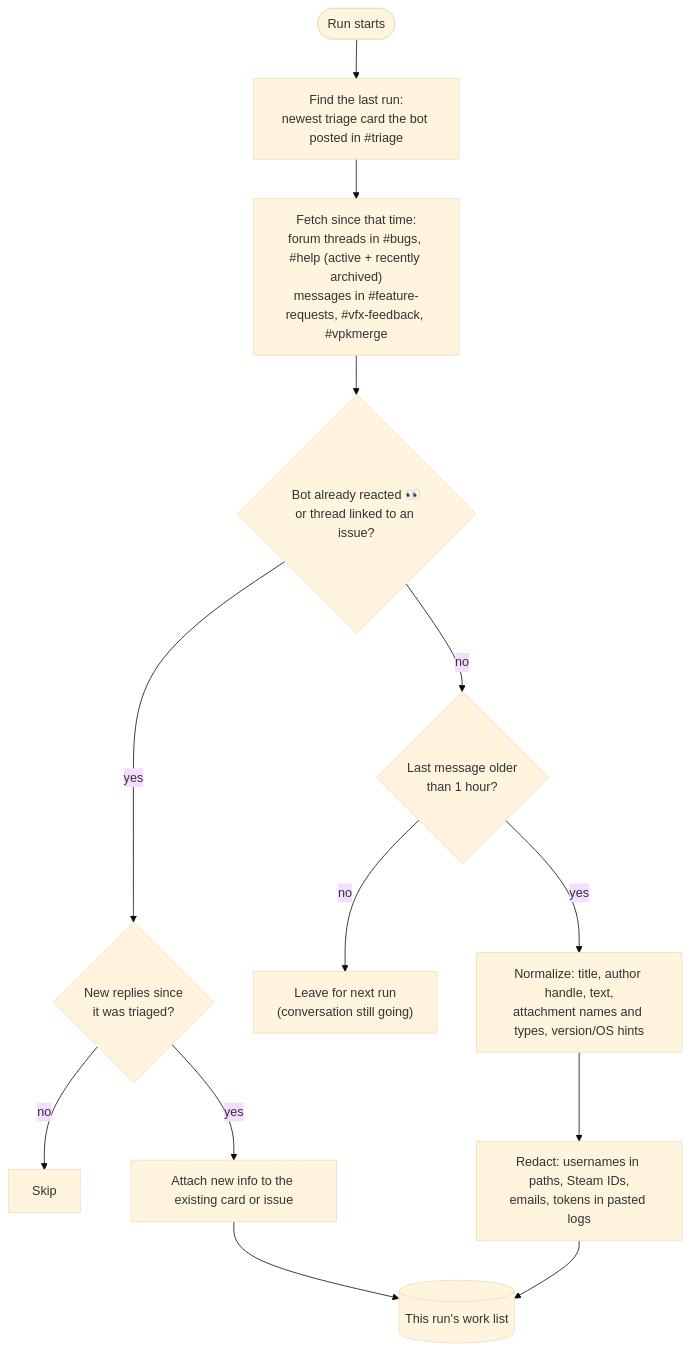
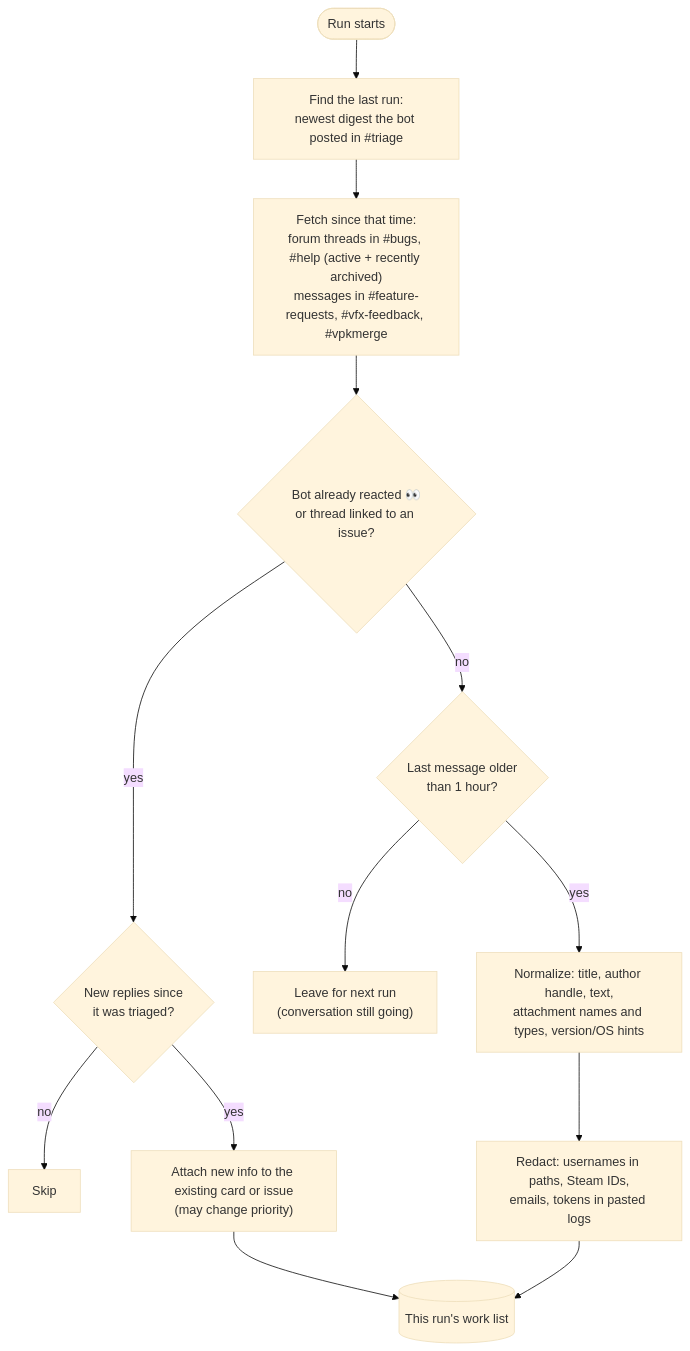
Before and after one commit to Slush97/grimoire: the fifth of 16 diagrams in docs/discord-triage.md, drawn with Mermaid (base theme). The commit also changed other lines of this file, not shown here.

First line of the commit message:
docs(triage): simple and detailed diagrams, priority/LOE scoring, dedup, Discord commands

````diff
--- a/docs/discord-triage.md
+++ b/docs/discord-triage.md
@@ -46,15 +115,15 @@
 ```mermaid
 flowchart TD
-    start([Run starts]) --> cursor["Find the last run:<br/>newest triage card the bot posted in #triage"]
+    start([Run starts]) --> cursor["Find the last run:<br/>newest digest the bot posted in #triage"]
     cursor --> fetch["Fetch since that time:<br/>forum threads in #bugs, #help (active + recently archived)<br/>messages in #feature-requests, #vfx-feedback, #vpkmerge"]
     fetch --> seen{"Bot already reacted 👀<br/>or thread linked to an issue?"}
     seen -- yes --> updates{"New replies since<br/>it was triaged?"}
     updates -- no --> skip[Skip]
-    updates -- yes --> reattach["Attach new info to the existing card or issue"]
+    updates -- yes --> reattach["Attach new info to the existing card or issue<br/>(may change priority)"]
     seen -- no --> quiet{"Last message older<br/>than 1 hour?"}
     quiet -- no --> defer["Leave for next run<br/>(conversation still going)"]
     quiet -- yes --> norm["Normalize: title, author handle, text,<br/>attachment names and types, version/OS hints"]
     norm --> redact["Redact: usernames in paths, Steam IDs,<br/>emails, tokens in pasted logs"]
     redact --> queue[(This run's work list)]
     reattach --> queue
 ```
````
